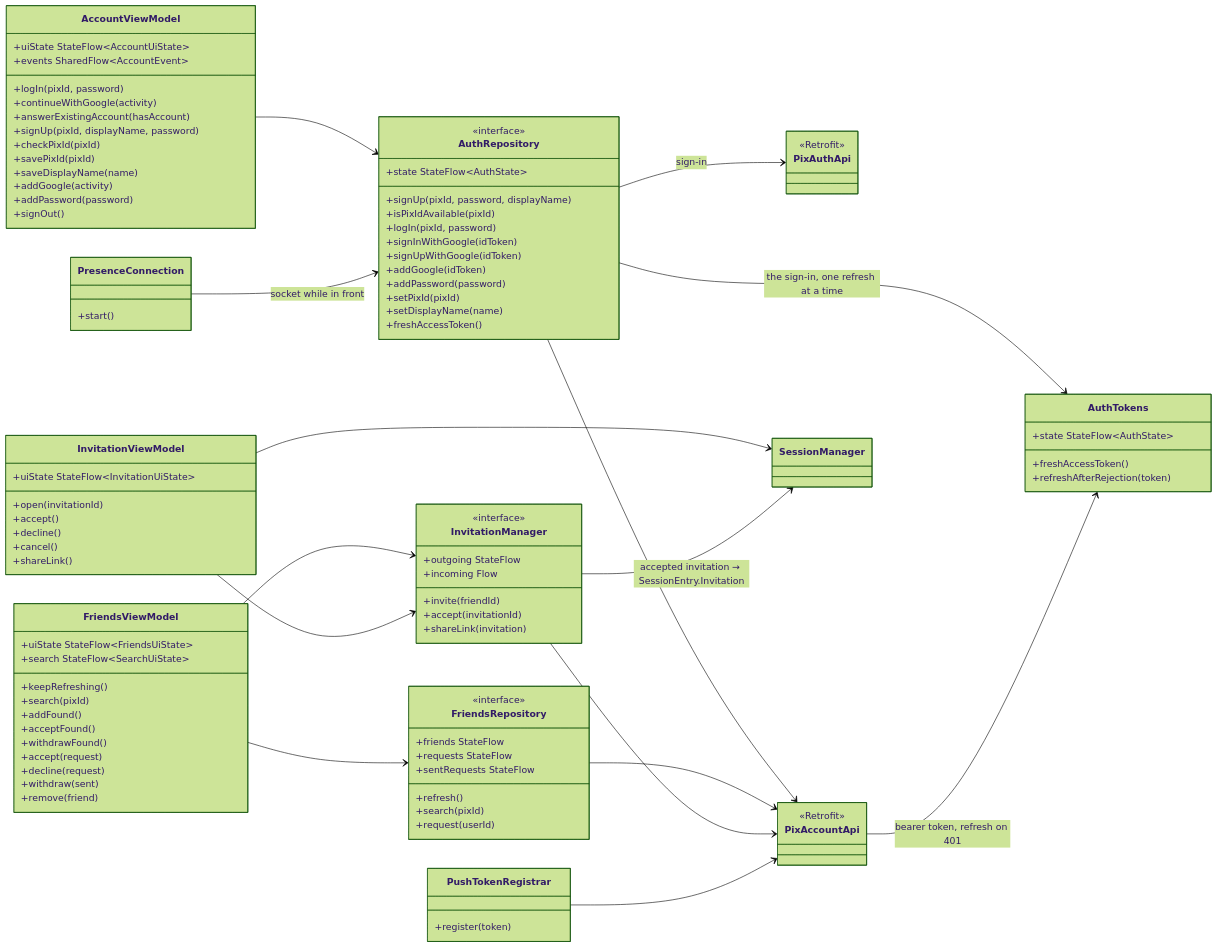
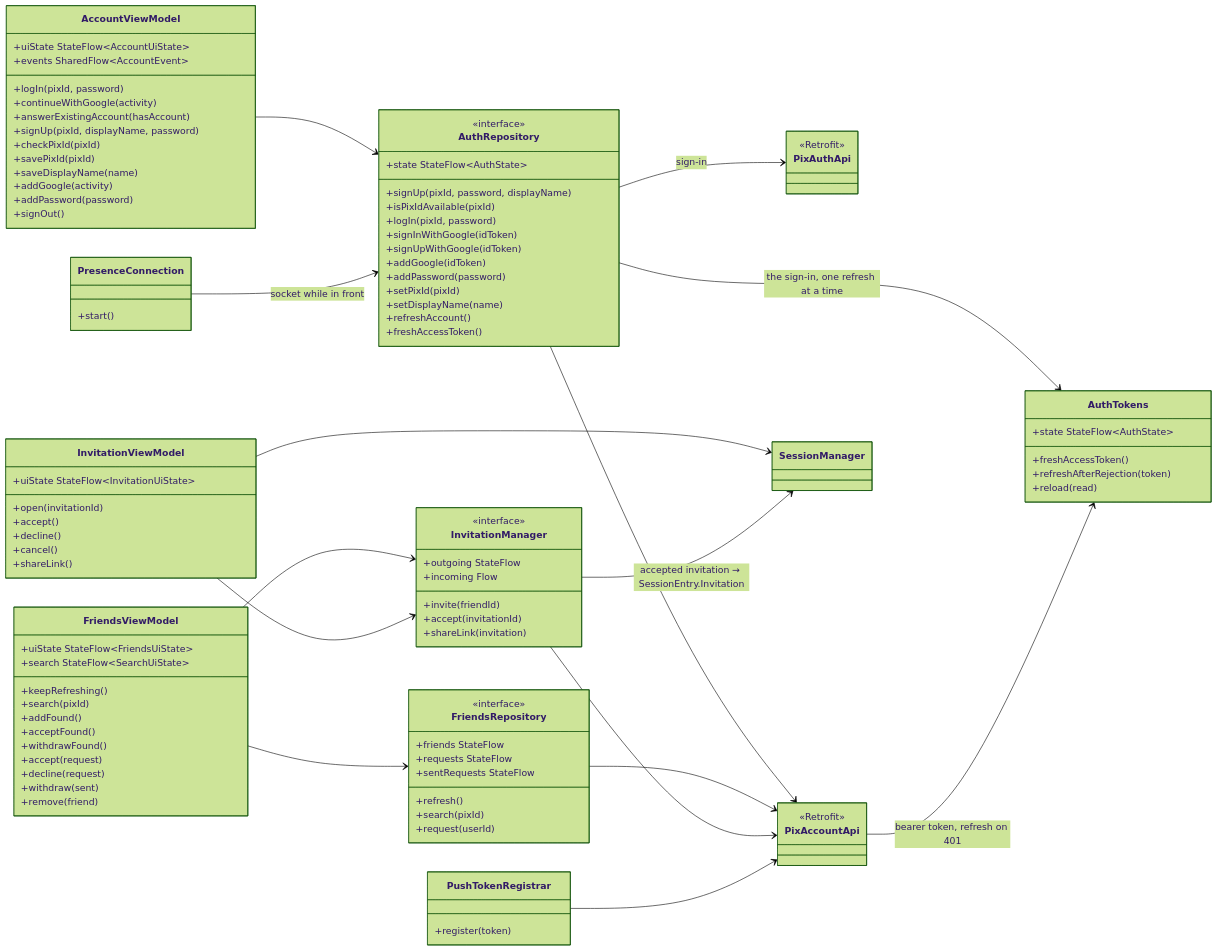
The ninth of 12 diagrams in wiki/Design-Documentation.md (snuhcs-course/swpp-2026-project-team-10), drawn with Mermaid (forest theme) before and after one commit. The commit also changed other lines of this file and 10 other files, not shown here.

```diff
--- a/wiki/Design-Documentation.md
+++ b/wiki/Design-Documentation.md
@@ -741,6 +743,7 @@
     +addPassword(password)
     +setPixId(pixId)
     +setDisplayName(name)
+    +refreshAccount()
     +freshAccessToken()
   }
   class FriendsRepository {
@@ -756,6 +759,7 @@
     +state StateFlow~AuthState~
     +freshAccessToken()
     +refreshAfterRejection(token)
+    +reload(read)
   }
   class PresenceConnection {
     +start()
```
